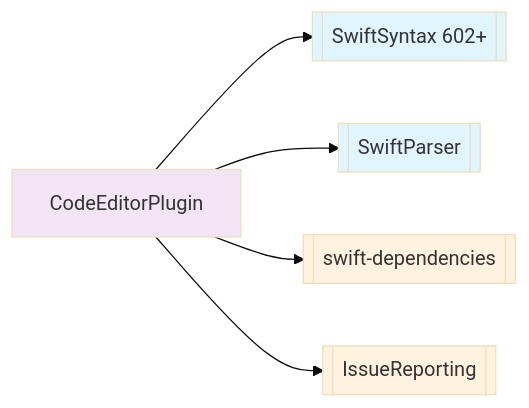
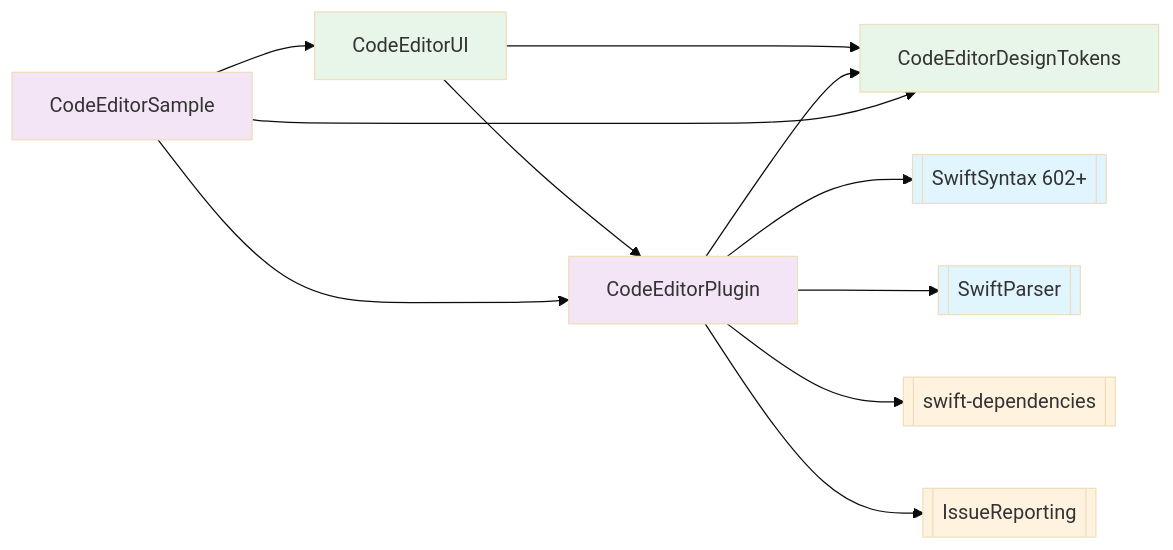
The first of 2 diagrams in docs/Diagrams/25-package-dependencies.md (ajmcclary/CodeEditorKit), drawn with Mermaid (base theme) before and after one commit. The commit also changed other lines of this file and 24 other files, not shown here.

````diff
--- a/docs/Diagrams/25-package-dependencies.md
+++ b/docs/Diagrams/25-package-dependencies.md
@@ -22,13 +22,22 @@
 ```mermaid
 flowchart LR
+    CodeEditorUI-->CodeEditorPlugin
+    CodeEditorUI-->CodeEditorDesignTokens
+    CodeEditorPlugin-->CodeEditorDesignTokens
     CodeEditorPlugin-->SwiftSyntax[[SwiftSyntax 602+]]
     CodeEditorPlugin-->SwiftParser[[SwiftParser]]
     CodeEditorPlugin-->Dependencies[[swift-dependencies]]
     CodeEditorPlugin-->IssueReporting[[IssueReporting]]
+    CodeEditorSample-->CodeEditorPlugin
+    CodeEditorSample-->CodeEditorUI
+    CodeEditorSample-->CodeEditorDesignTokens
 
     style SwiftSyntax fill:#e1f5fe
     style SwiftParser fill:#e1f5fe
+    style CodeEditorDesignTokens fill:#e8f5e9
+    style CodeEditorUI fill:#e8f5e9
     style CodeEditorPlugin fill:#f3e5f5
+    style CodeEditorSample fill:#f3e5f5
     style Dependencies fill:#fff3e0
     style IssueReporting fill:#fff3e0
 ```
````
